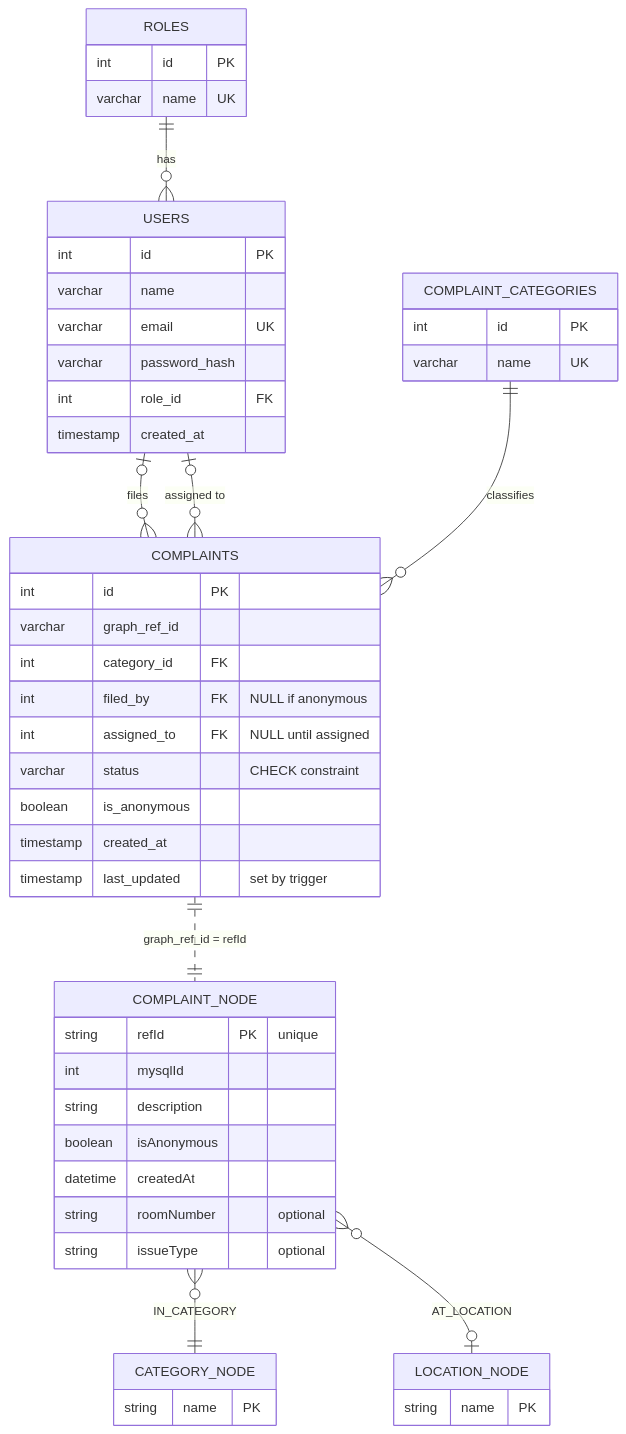
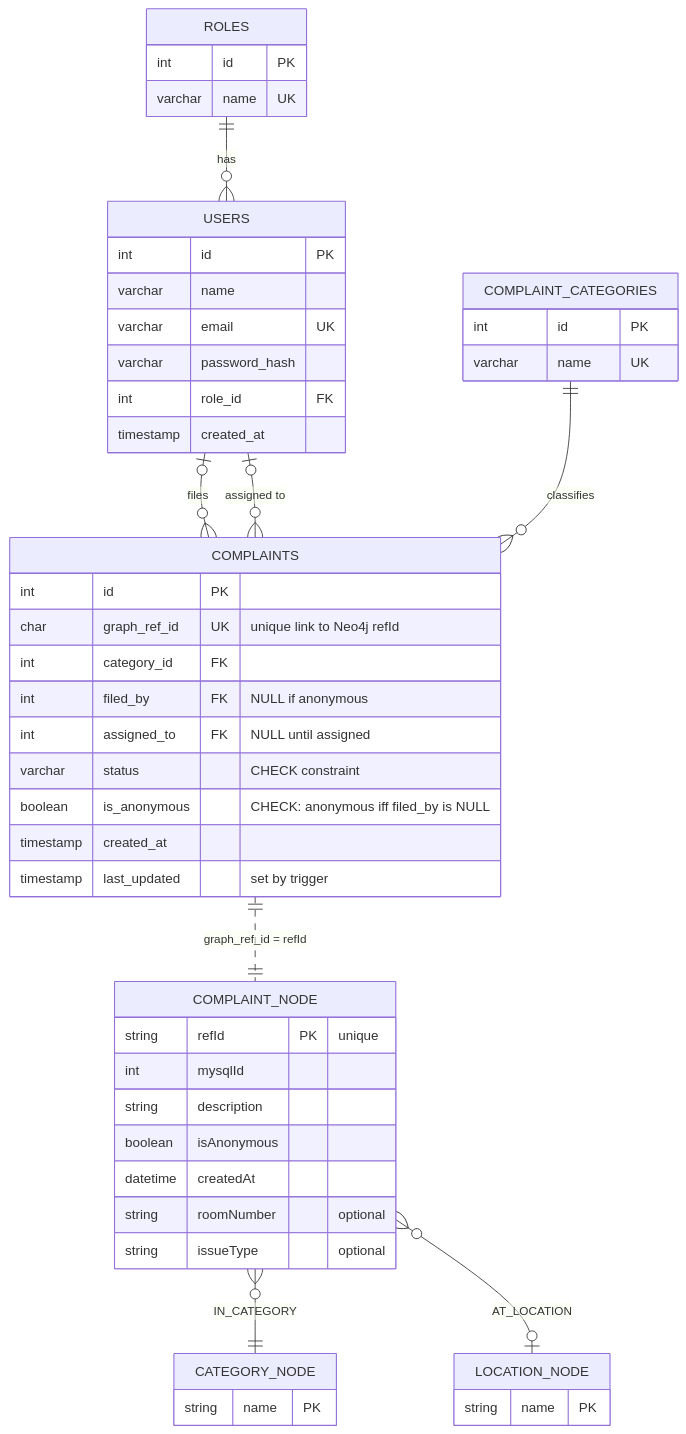
One commit to zaheedui/-campus-complaint-system changed the diagram in docs/er-diagram.md. Above: the diagram before and after it, drawn with Mermaid. The commit also changed other lines of this file and 26 other files, not shown here.

````diff
--- a/docs/er-diagram.md
+++ b/docs/er-diagram.md
@@ -1,53 +1,53 @@
 ```mermaid
 erDiagram
     ROLES ||--o{ USERS : "has"
     USERS |o--o{ COMPLAINTS : "files"
     USERS |o--o{ COMPLAINTS : "assigned to"
     COMPLAINT_CATEGORIES ||--o{ COMPLAINTS : "classifies"
     COMPLAINTS ||..|| COMPLAINT_NODE : "graph_ref_id = refId"
     COMPLAINT_NODE }o--|| CATEGORY_NODE : "IN_CATEGORY"
     COMPLAINT_NODE }o--o| LOCATION_NODE : "AT_LOCATION"
 
     ROLES {
         int id PK
         varchar name UK
     }
     USERS {
         int id PK
         varchar name
         varchar email UK
         varchar password_hash
         int role_id FK
         timestamp created_at
     }
     COMPLAINT_CATEGORIES {
         int id PK
         varchar name UK
     }
     COMPLAINTS {
         int id PK
-        varchar graph_ref_id
+        char graph_ref_id UK "unique link to Neo4j refId"
         int category_id FK
         int filed_by FK "NULL if anonymous"
         int assigned_to FK "NULL until assigned"
         varchar status "CHECK constraint"
-        boolean is_anonymous
+        boolean is_anonymous "CHECK: anonymous iff filed_by is NULL"
         timestamp created_at
         timestamp last_updated "set by trigger"
     }
     COMPLAINT_NODE {
         string refId PK "unique"
         int mysqlId
         string description
         boolean isAnonymous
         datetime createdAt
         string roomNumber "optional"
         string issueType "optional"
     }
     CATEGORY_NODE {
         string name PK
     }
     LOCATION_NODE {
         string name PK
     }
 ```
````
